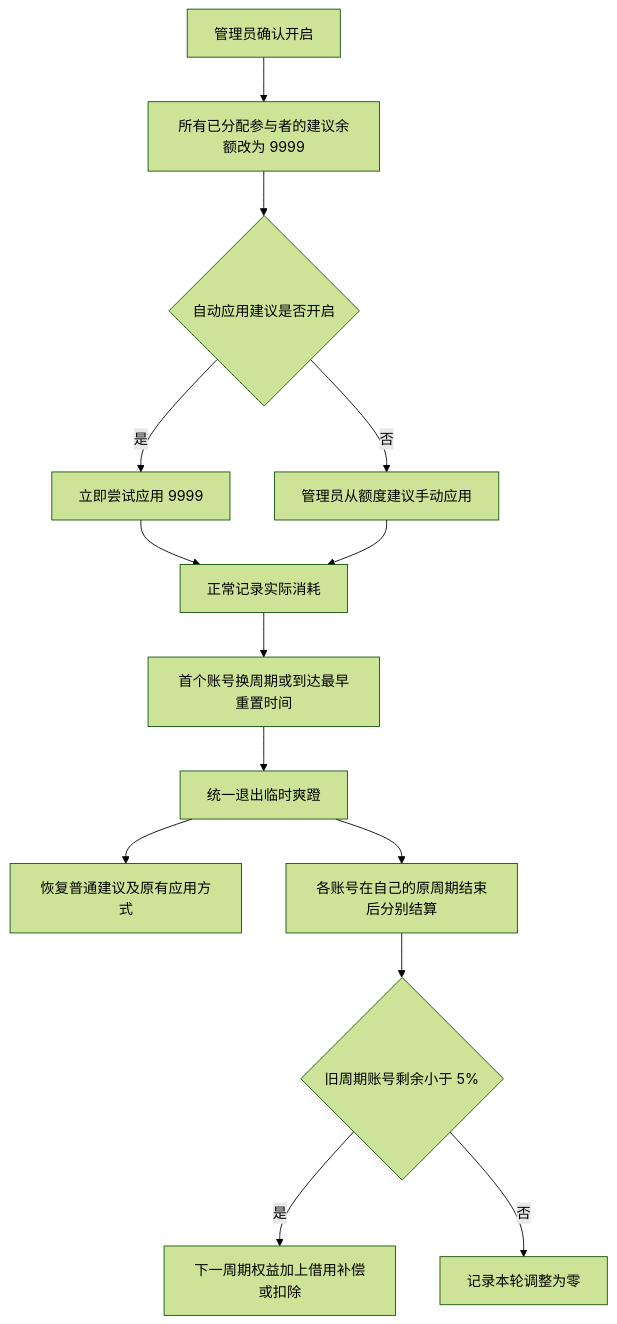
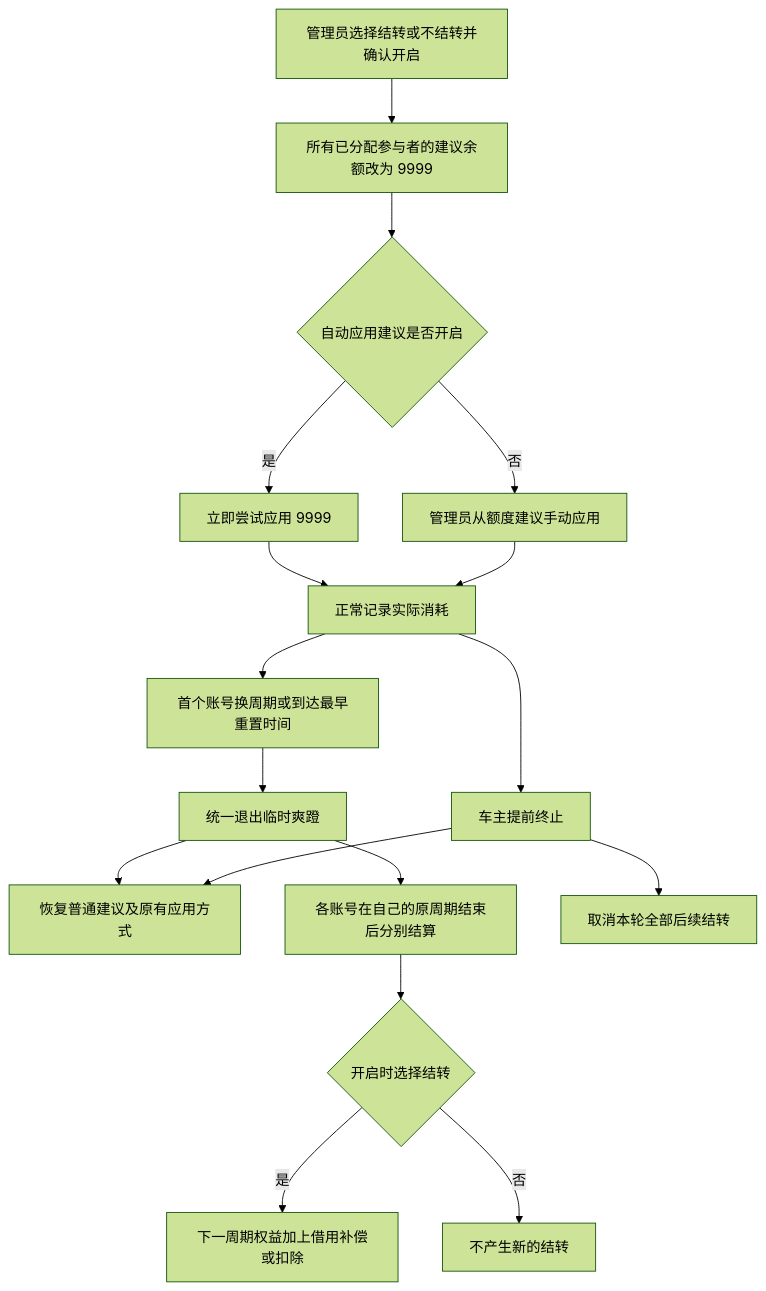
The first of 2 diagrams in docs/temporary-burst.md (LingyeNBird/Sub2Pool), drawn with Mermaid (forest theme) before and after one commit. The commit also changed other lines of this file and 19 other files, not shown here.

````diff
--- a/docs/temporary-burst.md
+++ b/docs/temporary-burst.md
@@ -9,16 +9,19 @@
 ```mermaid
 flowchart TD
-    A[管理员确认开启] --> B[所有已分配参与者的建议余额改为 9999]
+    A[管理员选择结转或不结转并确认开启] --> B[所有已分配参与者的建议余额改为 9999]
     B --> C{自动应用建议是否开启}
     C -->|是| D[立即尝试应用 9999]
     C -->|否| E[管理员从额度建议手动应用]
     D --> F[正常记录实际消耗]
     E --> F
     F --> G[首个账号换周期或到达最早重置时间]
     G --> H[统一退出临时爽蹬]
     H --> I[恢复普通建议及原有应用方式]
     H --> J[各账号在自己的原周期结束后分别结算]
-    J --> K{旧周期账号剩余小于 5%}
+    J --> K{开启时选择结转}
     K -->|是| L[下一周期权益加上借用补偿或扣除]
-    K -->|否| M[记录本轮调整为零]
+    K -->|否| M[不产生新的结转]
+    F --> N[车主提前终止]
+    N --> I
+    N --> O[取消本轮全部后续结转]
 ```
````
